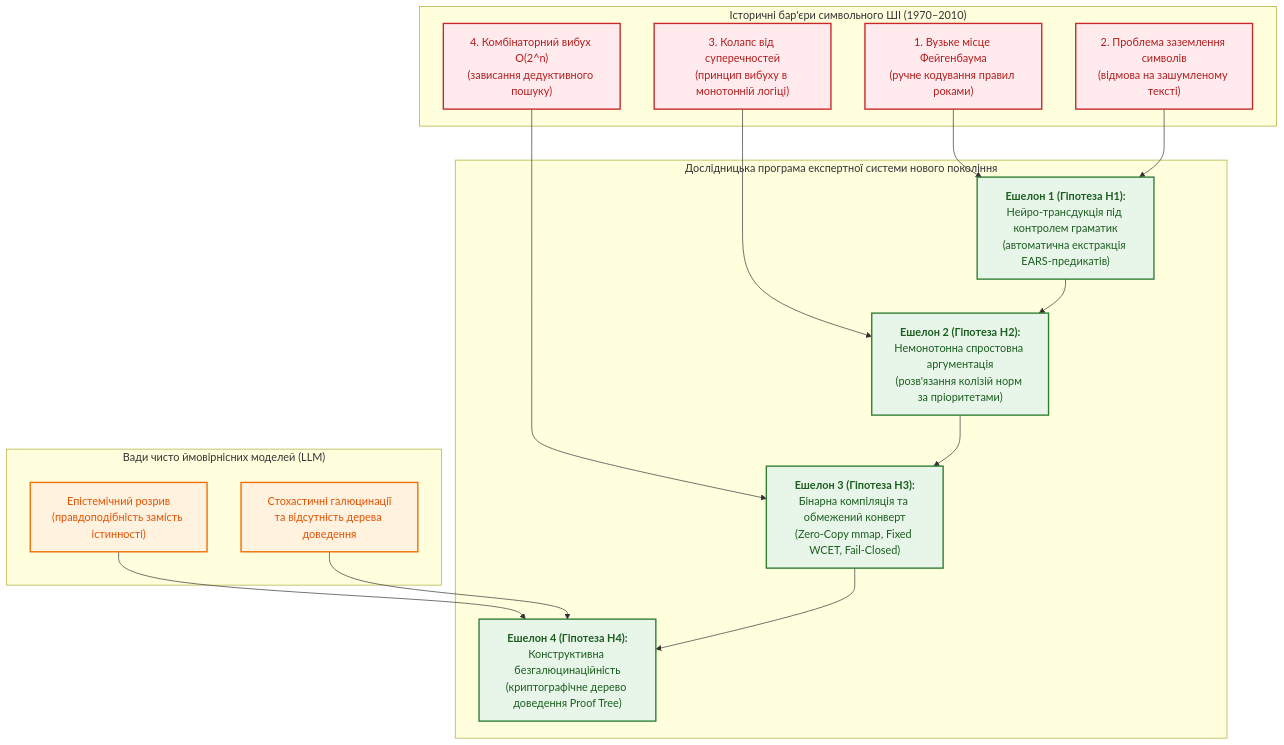
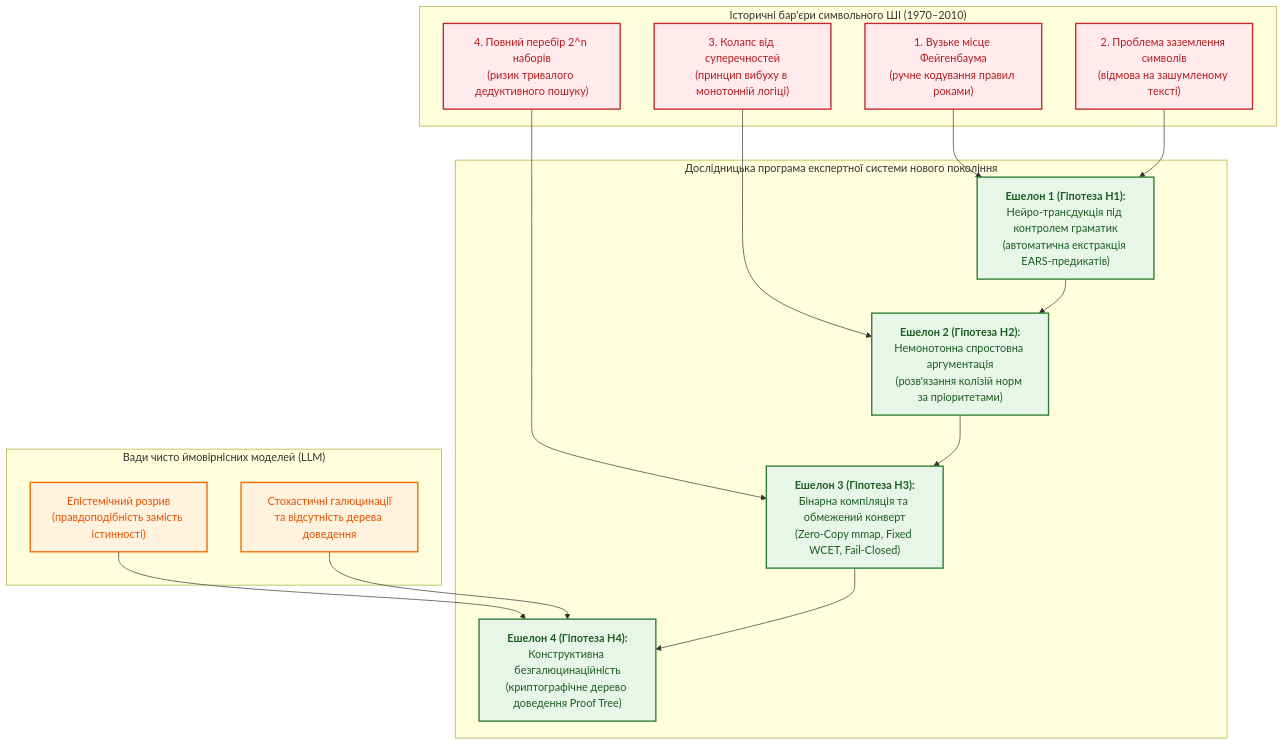
One commit to nick-fedchik/articles changed the third of 11 diagrams in ExpertSystem/ch04-evolution-from-bayes-to-evidence-ai.md. Above: the diagram before and after it, drawn with Mermaid. The commit also changed other lines of this file and 193 other files, not shown here.

````diff
--- a/ExpertSystem/ch04-evolution-from-bayes-to-evidence-ai.md
+++ b/ExpertSystem/ch04-evolution-from-bayes-to-evidence-ai.md
@@ -249,38 +251,38 @@
 ```mermaid
 flowchart TD
     accTitle: Архітектурний синтез експертної системи нового покоління
     accDescr: Діаграма показує, як чотири історичні бар'єри класичних символьних систем та проблема галюцинацій імовірнісних моделей розв'язуються чотирма ешелонами доказової нейро-символьної архітектури.
 
     subgraph Classic_Walls["Історичні бар'єри символьного ШІ (1970–2010)"]
         CW1["1. Вузьке місце Фейгенбаума<br/>(ручне кодування правил роками)"]
         CW2["2. Проблема заземлення символів<br/>(відмова на зашумленому тексті)"]
         CW3["3. Колапс від суперечностей<br/>(принцип вибуху в монотонній логіці)"]
-        CW4["4. Комбінаторний вибух O(2^n)<br/>(зависання дедуктивного пошуку)"]
+        CW4["4. Повний перебір 2^n наборів<br/>(ризик тривалого дедуктивного пошуку)"]
     end
 
     subgraph LLM_Flaws["Вади чисто ймовірнісних моделей (LLM)"]
         LF1["Епістемічний розрив<br/>(правдоподібність замість істинності)"]
         LF2["Стохастичні галюцинації<br/>та відсутність дерева доведення"]
     end
 
     subgraph NextGen_ES["Дослідницька програма експертної системи нового покоління"]
         H1["<b>Ешелон 1 (Гіпотеза H1):</b><br/>Нейро-трансдукція під контролем граматик<br/>(автоматична екстракція EARS-предикатів)"]
         H2["<b>Ешелон 2 (Гіпотеза H2):</b><br/>Немонотонна спростовна аргументація<br/>(розв'язання колізій норм за пріоритетами)"]
         H3["<b>Ешелон 3 (Гіпотеза H3):</b><br/>Бінарна компіляція та обмежений конверт<br/>(Zero-Copy mmap, Fixed WCET, Fail-Closed)"]
         H4["<b>Ешелон 4 (Гіпотеза H4):</b><br/>Конструктивна безгалюцинаційність<br/>(криптографічне дерево доведення Proof Tree)"]
     end
 
     CW1 & CW2 --> H1
     CW3 --> H2
     CW4 --> H3
     LF1 & LF2 --> H4
     H1 --> H2 --> H3 --> H4
 
     classDef wall fill:#ffebee,stroke:#c62828,stroke-width:2px,color:#b71c1c;
     classDef flaw fill:#fff3e0,stroke:#ef6c00,stroke-width:2px,color:#e65100;
     classDef synth fill:#e8f5e9,stroke:#2e7d32,stroke-width:2px,color:#1b5e20;
 
     class CW1,CW2,CW3,CW4 wall;
     class LF1,LF2 flaw;
     class H1,H2,H3,H4 synth;
 ```
````
